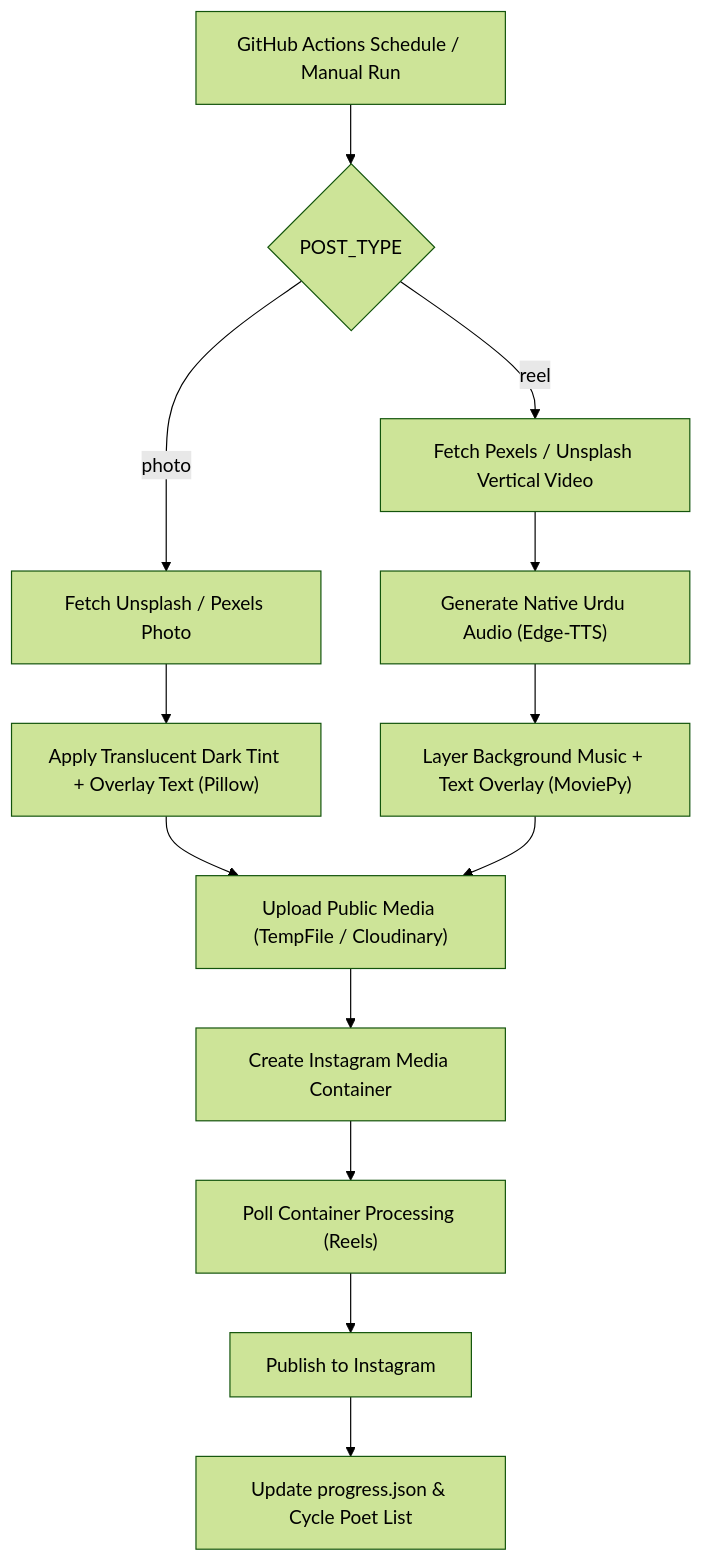
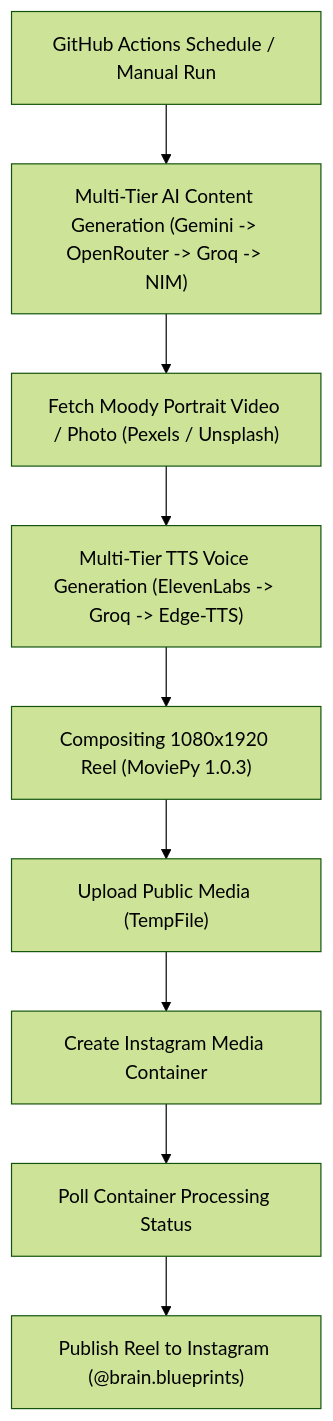
The diagram in README.md (Areeb04khan/brain.blueprints-autobot), drawn with Mermaid (forest theme) before and after one commit. The commit also changed other lines of this file, not shown here.

````diff
--- a/README.md
+++ b/README.md
@@ -43,16 +35,12 @@
 ```mermaid
 flowchart TD
-    A["GitHub Actions Schedule / Manual Run"] --> B{"POST_TYPE"}
-    B -->|photo| C["Fetch Unsplash / Pexels Photo"]
-    B -->|reel| D["Fetch Pexels / Unsplash Vertical Video"]
-    C --> E["Apply Translucent Dark Tint + Overlay Text (Pillow)"]
-    D --> F["Generate Native Urdu Audio (Edge-TTS)"]
-    F --> G["Layer Background Music + Text Overlay (MoviePy)"]
-    E --> H["Upload Public Media (TempFile / Cloudinary)"]
-    G --> H
-    H --> I["Create Instagram Media Container"]
-    I --> J["Poll Container Processing (Reels)"]
-    J --> K["Publish to Instagram"]
-    K --> L["Update progress.json & Cycle Poet List"]
+    A["GitHub Actions Schedule / Manual Run"] --> B["Multi-Tier AI Content Generation (Gemini -> OpenRouter -> Groq -> NIM)"]
+    B --> C["Fetch Moody Portrait Video / Photo (Pexels / Unsplash)"]
+    C --> D["Multi-Tier TTS Voice Generation (ElevenLabs -> Groq -> Edge-TTS)"]
+    D --> E["Compositing 1080x1920 Reel (MoviePy 1.0.3)"]
+    E --> F["Upload Public Media (TempFile)"]
+    F --> G["Create Instagram Media Container"]
+    G --> H["Poll Container Processing Status"]
+    H --> I["Publish Reel to Instagram (@brain.blueprints)"]
 
 ```
````
